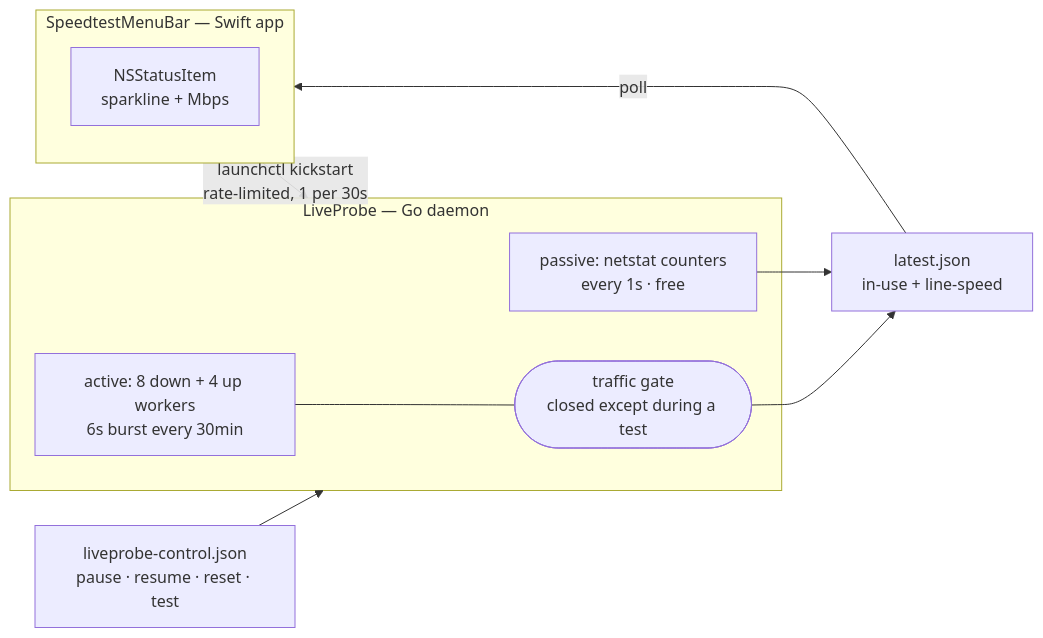
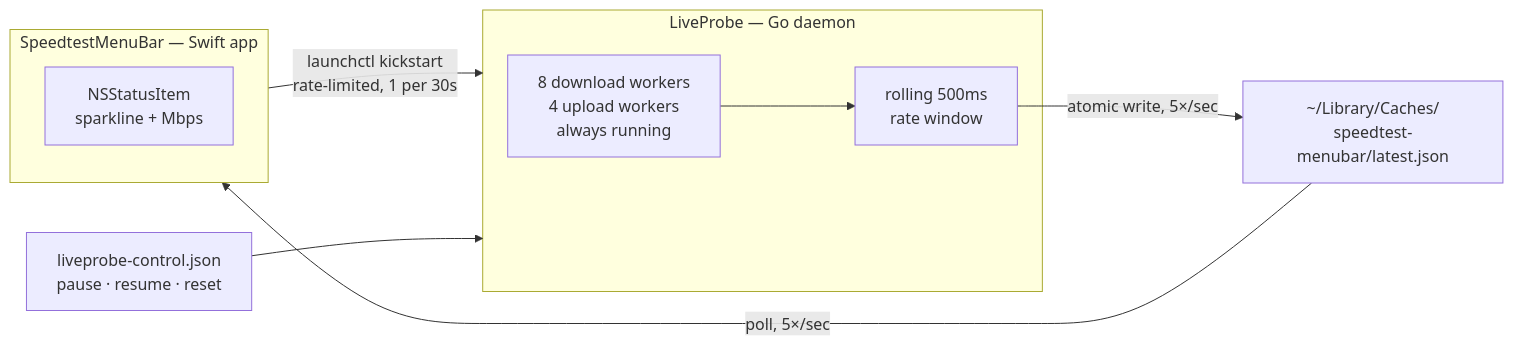
The diagram in README.md (timurabi3/macos-speedtest-menubar), drawn with Mermaid before and after one commit. The commit also changed other lines of this file and 8 other files, not shown here.

````diff
--- a/README.md
+++ b/README.md
@@ -34,17 +33,13 @@
 ```mermaid
 flowchart LR
     subgraph probe["LiveProbe — Go daemon"]
-        P["passive: netstat counters<br/>every 1s · free"]
-        W["active: 8 down + 4 up workers<br/>6s burst every 30min"]
-        G(["traffic gate<br/>closed except during a test"])
-        W --- G
+        W["8 download workers<br/>4 upload workers<br/>always running"] --> R["rolling 500ms<br/>rate window"]
     end
-    P --> J["latest.json<br/>in-use + line-speed"]
-    G --> J
-    J -->|poll| APP
+    R -->|"atomic write, 5×/sec"| J["~/Library/Caches/<br/>speedtest-menubar/latest.json"]
+    J -->|"poll, 5×/sec"| APP
     subgraph APP["SpeedtestMenuBar — Swift app"]
         S["NSStatusItem<br/>sparkline + Mbps"]
     end
     APP -->|"launchctl kickstart<br/>rate-limited, 1 per 30s"| probe
-    CTRL["liveprobe-control.json<br/>pause · resume · reset · test"] --> probe
+    CTRL["liveprobe-control.json<br/>pause · resume · reset"] --> probe
 ```
````
